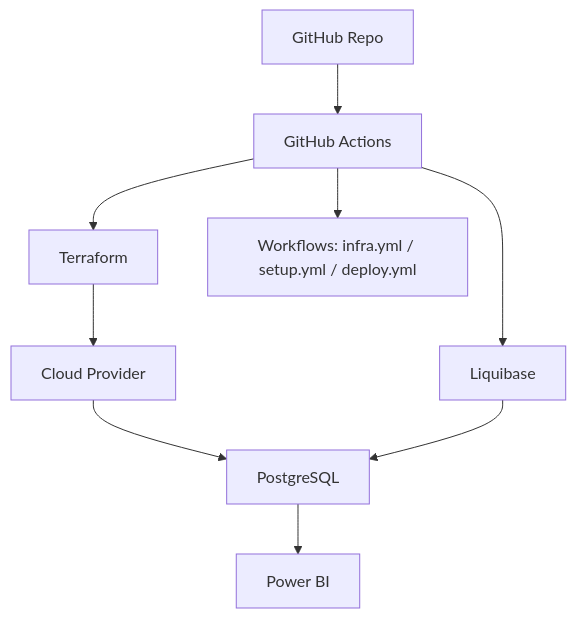
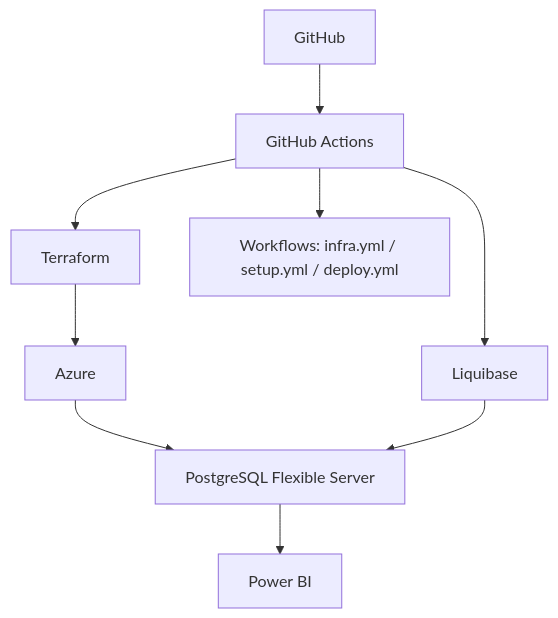
The diagram in diagrams/despliegue.mmd (UPT-FAING-EPIS/Examen_Andia_Navarro), drawn with Mermaid before and after one commit. The commit also changed 2 other files, not shown here.

Commit message:
Ordenar documentacion y diagramas final

```diff
--- a/diagrams/despliegue.mmd
+++ b/diagrams/despliegue.mmd
@@ -1,10 +1,10 @@
 flowchart TD
-    A[GitHub Repo] --> B[GitHub Actions]
+    A[GitHub] --> B[GitHub Actions]
     B --> C[Terraform]
-    C --> D[Cloud Provider]
-    D --> E[PostgreSQL]
+    C --> D[Azure]
+    D --> E[PostgreSQL Flexible Server]
     B --> F[Liquibase]
     F --> E
     E --> G[Power BI]
 
     B --> H[Workflows: infra.yml / setup.yml / deploy.yml]
```
